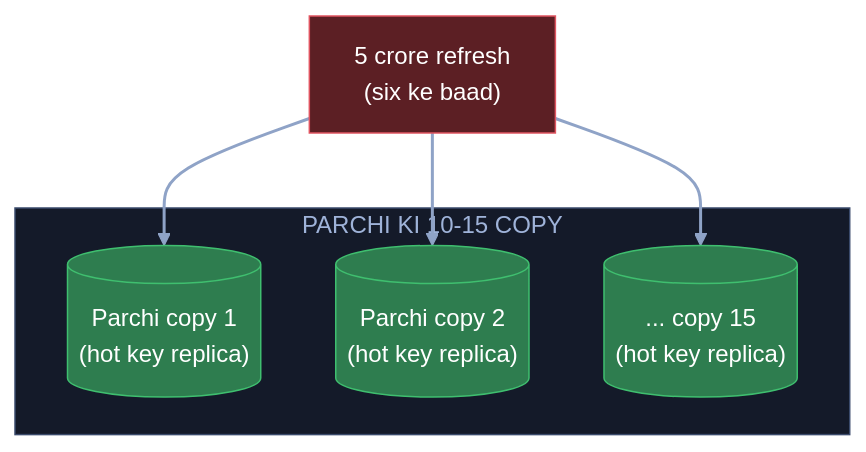
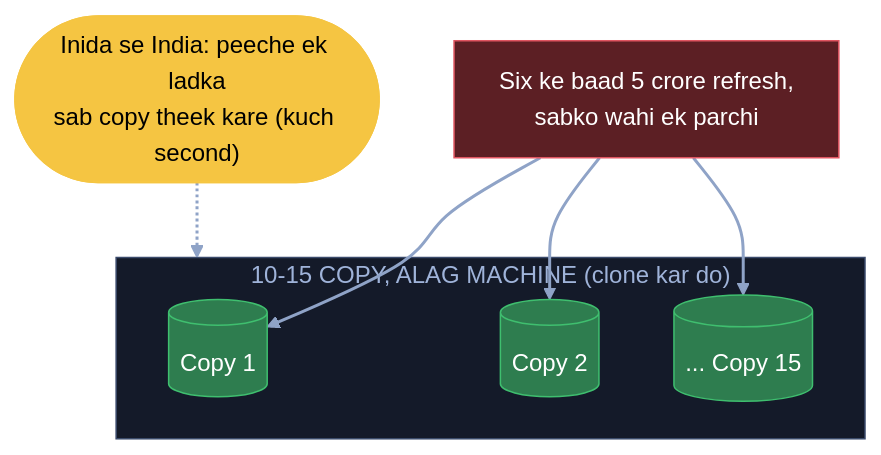
One commit to ArpanMaheshwari144/Prep changed the fifth of 15 diagrams in 04_HLD/SYSTEM_DESIGNS/03_twitter_feed/03_twitter_feed.md. Above: the diagram before and after it, drawn with Mermaid. The commit also changed other lines of this file, not shown here.

Commit message:
Twitter: 15 diagram hand notes ke shabdon se, K1 heading + K9 line notes jaisi

````diff
--- a/04_HLD/SYSTEM_DESIGNS/03_twitter_feed/03_twitter_feed.md
+++ b/04_HLD/SYSTEM_DESIGNS/03_twitter_feed/03_twitter_feed.md
@@ -176,18 +164,20 @@
 ```mermaid
 flowchart TB
-    U["5 crore refresh<br/>(six ke baad)"]:::bad
-    subgraph CP["PARCHI KI 10-15 COPY"]
-        C1[("Parchi copy 1<br/>(hot key replica)")]:::good
-        C2[("Parchi copy 2<br/>(hot key replica)")]:::good
-        CN[("... copy 15<br/>(hot key replica)")]:::good
+    U["Six ke baad 5 crore refresh,<br/>sabko wahi ek parchi"]:::bad
+    subgraph CL["10-15 COPY, ALAG MACHINE (clone kar do)"]
+        C1[("Copy 1")]:::good
+        C2[("Copy 2")]:::good
+        CN[("... Copy 15")]:::good
     end
+    L(["Inida se India: peeche ek ladka<br/>sab copy theek kare (kuch second)"]):::pill
     U --> C1
     U --> C2
     U --> CN
+    L -.-> CL
     linkStyle default stroke:#8fa3c7,stroke-width:2px
     classDef card fill:#1e2638,stroke:#3a4a6b,color:#e8ecf5
     classDef pill fill:#f5c542,stroke:#f5c542,color:#000
     classDef good fill:#2e7d4f,stroke:#3fbf6f,color:#fff
     classDef bad fill:#5c1f24,stroke:#e05561,color:#fff
-    style CP fill:#141a29,stroke:#3a4a6b,color:#9fb3d9
+    style CL fill:#141a29,stroke:#3a4a6b,color:#9fb3d9
 ```
````
